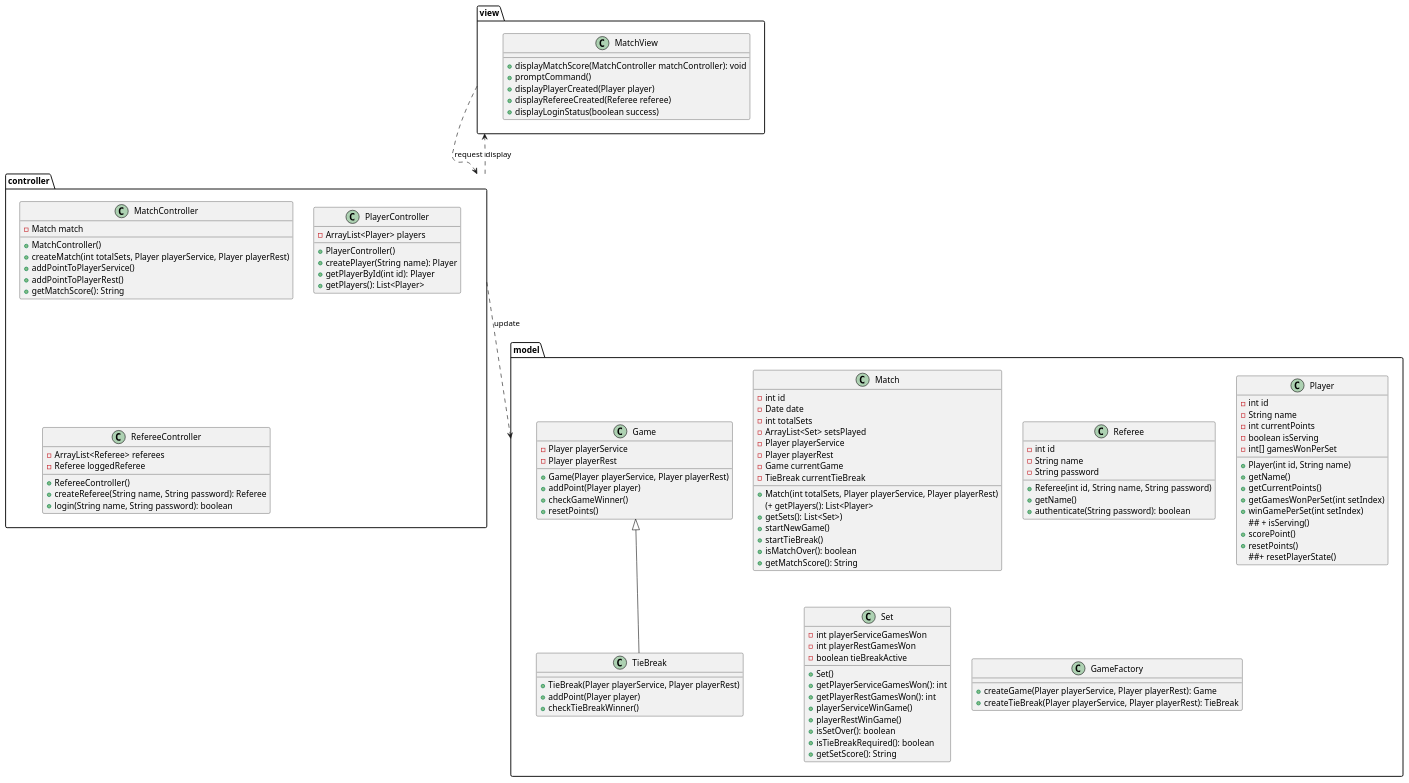
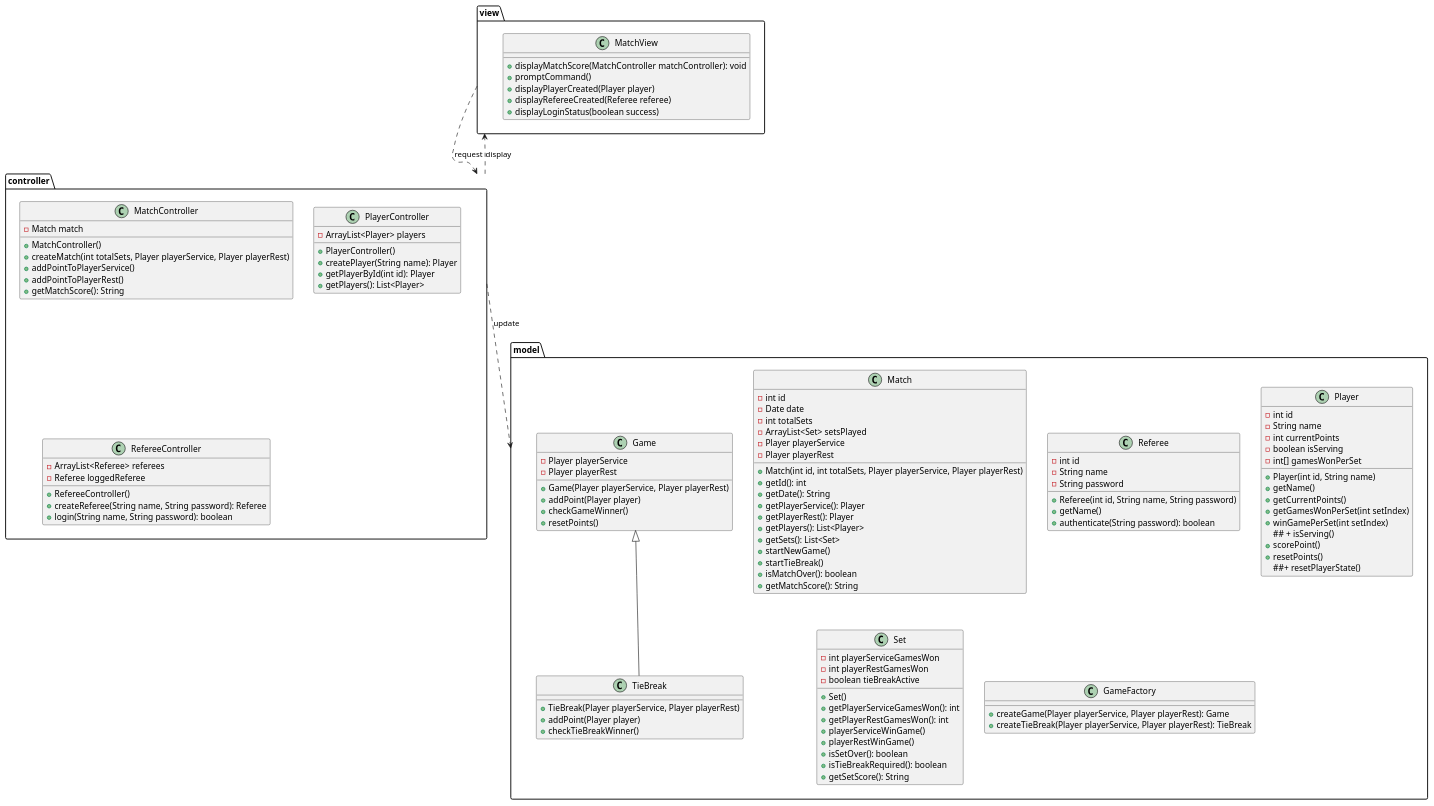
Before and after one commit to rafaelacirino/IWVG: the diagram in docs/diagrams/MVC.plantuml, drawn with PlantUML. The commit also changed 9 other files, not shown here.

```diff
--- a/docs/diagrams/MVC.plantuml
+++ b/docs/diagrams/MVC.plantuml
@@ -1,134 +1,136 @@
 @startuml
 package "model" {
 
     class Match {
         - int id
         - Date date
         - int totalSets
         - ArrayList<Set> setsPlayed
         - Player playerService
         - Player playerRest
-        - Game currentGame
-        - TieBreak currentTieBreak
 
-        + Match(int totalSets, Player playerService, Player playerRest)
-        (+ getPlayers(): List<Player>
-        + getSets(): List<Set>)
+        + Match(int id, int totalSets, Player playerService, Player playerRest)
+        + getId(): int
+        + getDate(): String
+        + getPlayerService(): Player
+        + getPlayerRest(): Player
+        + getPlayers(): List<Player>
+        + getSets(): List<Set>
         + startNewGame()
         + startTieBreak()
         + isMatchOver(): boolean
         + getMatchScore(): String
     }
 
     class Referee {
         - int id
         - String name
         - String password
 
         + Referee(int id, String name, String password)
         + getName()
         + authenticate(String password): boolean
     }
 
     class Player {
         - int id
         - String name
         - int currentPoints
         - boolean isServing
         - int[] gamesWonPerSet
 
         + Player(int id, String name)
         + getName()
         + getCurrentPoints()
         + getGamesWonPerSet(int setIndex)
         + winGamePerSet(int setIndex)
         ## + isServing()
         + scorePoint()
         + resetPoints()
         ##+ resetPlayerState()
     }
 
     class Set {
         - int playerServiceGamesWon
         - int playerRestGamesWon
         - boolean tieBreakActive
 
         + Set()
         + getPlayerServiceGamesWon(): int
         + getPlayerRestGamesWon(): int
         + playerServiceWinGame()
         + playerRestWinGame()
         + isSetOver(): boolean
         + isTieBreakRequired(): boolean
         + getSetScore(): String
     }
 
     class Game {
         - Player playerService
         - Player playerRest
 
         + Game(Player playerService, Player playerRest)
         + addPoint(Player player)
         + checkGameWinner()
         + resetPoints()
 
     }
 
     class TieBreak extends Game{
 
         + TieBreak(Player playerService, Player playerRest)
         + addPoint(Player player)
         + checkTieBreakWinner()
     }
 
     class GameFactory {
         + createGame(Player playerService, Player playerRest): Game
         + createTieBreak(Player playerService, Player playerRest): TieBreak
     }
 }
 
 package "view" {
     class MatchView {
         + displayMatchScore(MatchController matchController): void
         + promptCommand()
         + displayPlayerCreated(Player player)
         + displayRefereeCreated(Referee referee)
         + displayLoginStatus(boolean success)
     }
 }
 
 package "controller" {
     class MatchController {
         - Match match
 
         + MatchController()
         + createMatch(int totalSets, Player playerService, Player playerRest)
         + addPointToPlayerService()
         + addPointToPlayerRest()
         + getMatchScore(): String
     }
 
     class PlayerController {
         - ArrayList<Player> players
 
         + PlayerController()
         + createPlayer(String name): Player
         + getPlayerById(int id): Player
         + getPlayers(): List<Player>
     }
 
     class RefereeController {
         - ArrayList<Referee> referees
         - Referee loggedReferee
 
         + RefereeController()
         + createReferee(String name, String password): Referee
         + login(String name, String password): boolean
     }
 }
 
 "controller" ..> "model" : update
 "view" ..> "controller" : request
 "controller" ..> "view" : display
 
 @enduml
```
